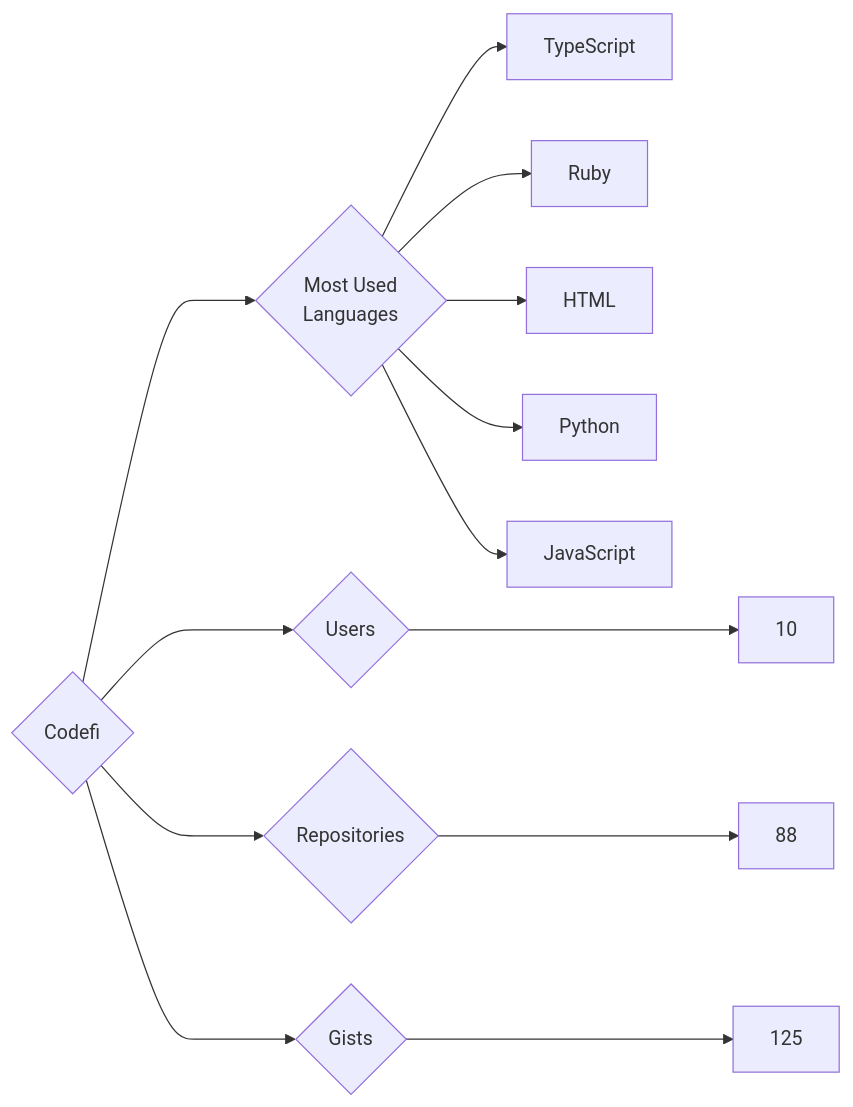
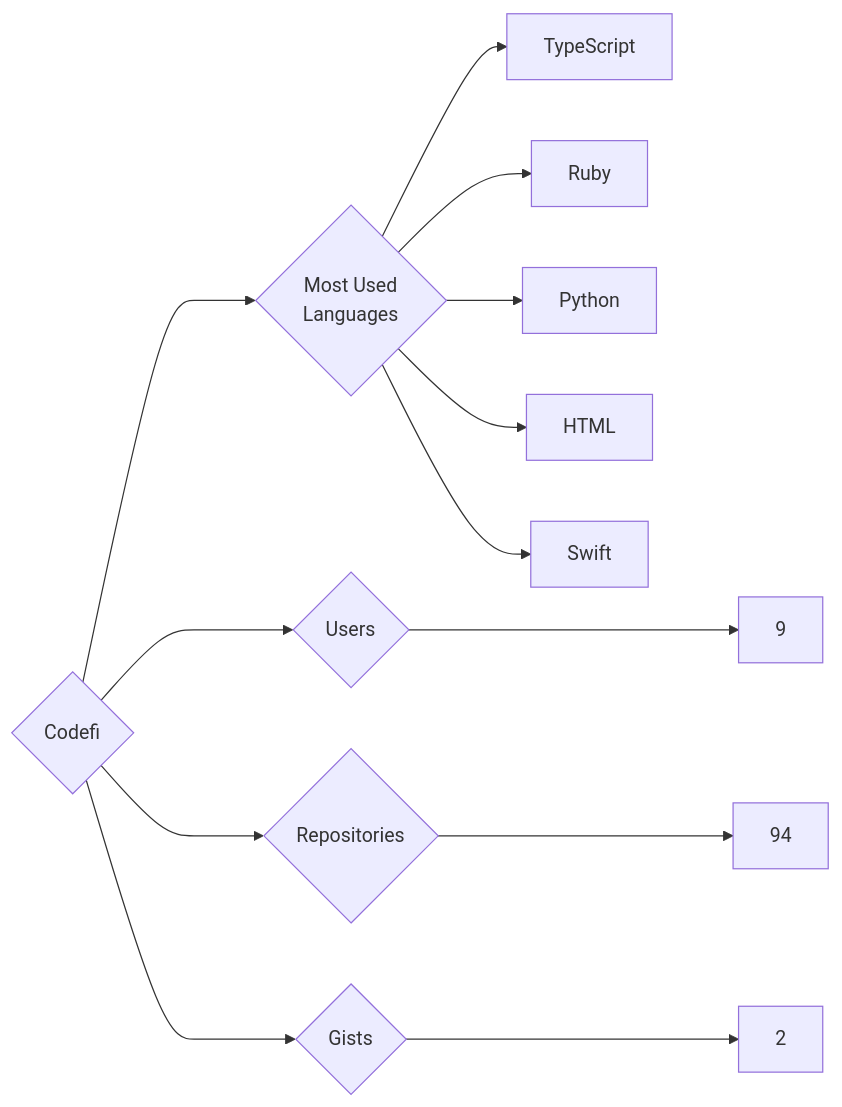
Before and after one commit to trickest/insiders: the diagram in targets/Codefi/README.md, drawn with Mermaid. The commit also changed 636 other files, not shown here.

````diff
--- a/targets/Codefi/README.md
+++ b/targets/Codefi/README.md
@@ -3,13 +3,13 @@
 ```mermaid
 graph LR
 COMPANY_NAME{Codefi}
-COMPANY_NAME ---> U{Users} ---> UN[10]
-COMPANY_NAME ---> R{Repositories} ---> RN[88]
-COMPANY_NAME ---> G{Gists} ---> GN[125]
+COMPANY_NAME ---> U{Users} ---> UN[9]
+COMPANY_NAME ---> R{Repositories} ---> RN[94]
+COMPANY_NAME ---> G{Gists} ---> GN[2]
 COMPANY_NAME ---> ML{Most Used<br>Languages}
 ML --> TypeScript[TypeScript]
 ML --> Ruby[Ruby]
+ML --> Python[Python]
 ML --> HTML[HTML]
-ML --> Python[Python]
-ML --> JavaScript[JavaScript]
+ML --> Swift[Swift]
 ```
````
